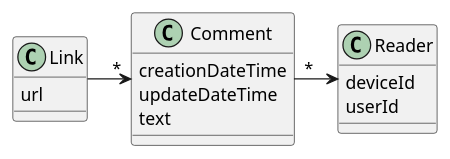
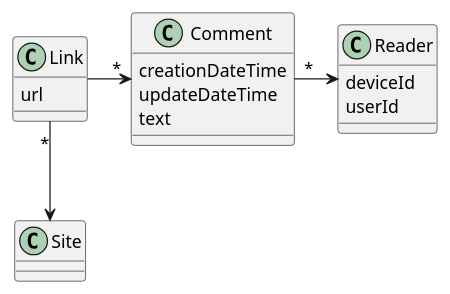
Before and after one commit to wutsi/wutsi-domain: the diagram in doc/capabilities/comment/model.plantuml, drawn with PlantUML.

```diff
--- a/doc/capabilities/comment/model.plantuml
+++ b/doc/capabilities/comment/model.plantuml
@@ -1,20 +1,23 @@
 @startuml
 class Link {
   url
 }
 
+class Site {
+}
 
 class Comment {
   creationDateTime
   updateDateTime
   text
 }
 
 class Reader {
   deviceId
   userId
 }
 
 Link -> "*" Comment
+Link "*" --> Site
 Comment "*" -> Reader
 @enduml
```
